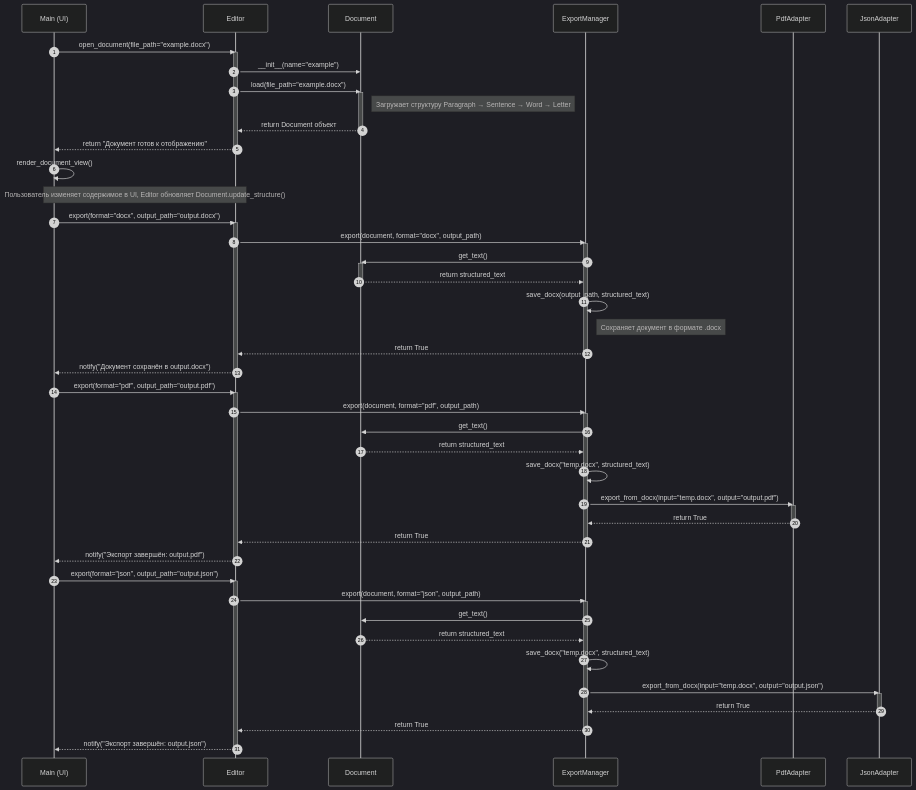
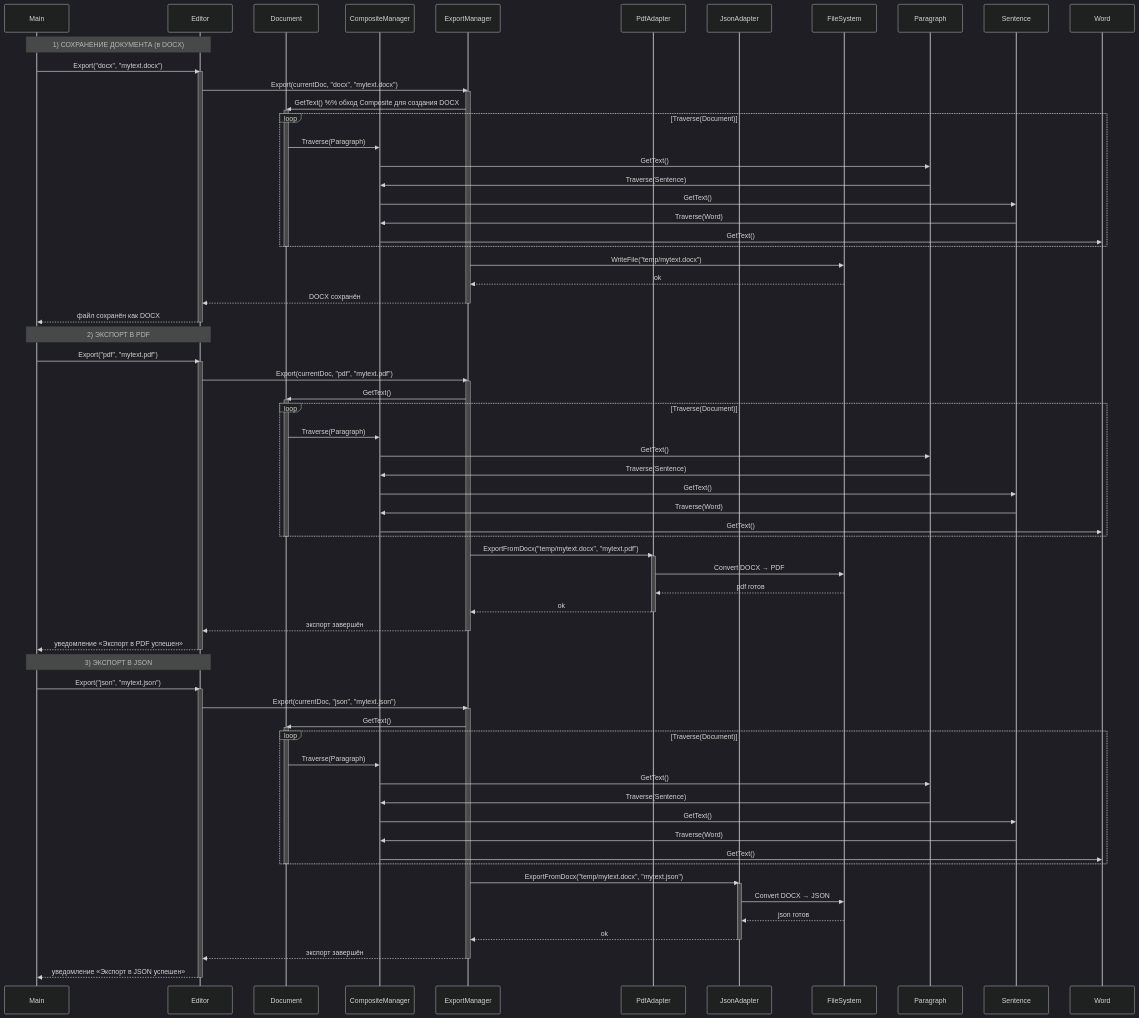
Before and after one commit to penamarth/bsbo-03-23_team6_var11_textedit: the diagram in Документация/Сценарии использования/02-Открытие, сохранение файла/Диаграмма последовательности Открытие, сохранение.md, drawn with Mermaid (dark theme).

Commit message:
Update Диаграмма последовательности Открытие, сохранение.md

````diff
--- a/Документация/Сценарии использования/02-Открытие, сохранение файла/Диаграмма последовательности Открытие, сохранение.md
+++ b/Документация/Сценарии использования/02-Открытие, сохранение файла/Диаграмма последовательности Открытие, сохранение.md
@@ -2,77 +2,103 @@
 ``` mermaid
 
 sequenceDiagram
-    autonumber
-    participant Main as Main (UI)
-    participant Editor as Editor
-    participant Document as Document
-    participant ExportManager as ExportManager
-    participant PdfAdapter as PdfAdapter
-    participant JsonAdapter as JsonAdapter
+    participant Main
+    participant Editor
+    participant Document
+    participant CompositeManager
+    participant ExportManager
+    participant PdfAdapter
+    participant JsonAdapter
+    participant FileSystem
 
-    %% === ОТКРЫТИЕ ДОКУМЕНТА ===
-    Main->>Editor: open_document(file_path="example.docx")
+    Note over Main, Editor: 1) СОХРАНЕНИЕ ДОКУМЕНТА (в DOCX)
+
+    Main->>Editor: Export("docx", "mytext.docx")
     activate Editor
-    Editor->>Document: __init__(name="example")
-    Editor->>Document: load(file_path="example.docx")
+    Editor->>ExportManager: Export(currentDoc, "docx", "mytext.docx")
+    activate ExportManager
+
+    ExportManager->>Document: GetText()  %% обход Composite для создания DOCX
     activate Document
-    Note right of Document: Загружает структуру Paragraph → Sentence → Word → Letter
-    Document-->>Editor: return Document объект
+    loop Traverse(Document)
+        Document->>CompositeManager: Traverse(Paragraph)
+        CompositeManager->>Paragraph: GetText()
+        Paragraph->>CompositeManager: Traverse(Sentence)
+        CompositeManager->>Sentence: GetText()
+        Sentence->>CompositeManager: Traverse(Word)
+        CompositeManager->>Word: GetText()
+    end
     deactivate Document
-    Editor-->>Main: return "Документ готов к отображению"
-    deactivate Editor
-    Main->>Main: render_document_view()
 
-    Note over Main,Editor: Пользователь изменяет содержимое в UI, Editor обновляет Document.update_structure()
-
-    Main->>Editor: export(format="docx", output_path="output.docx")
-    activate Editor
-    Editor->>ExportManager: export(document, format="docx", output_path)
-    activate ExportManager
-    ExportManager->>Document: get_text()
-    activate Document
-    Document-->>ExportManager: return structured_text
-    deactivate Document
-    ExportManager->>ExportManager: save_docx(output_path, structured_text)
-    Note right of ExportManager: Сохраняет документ в формате .docx
-    ExportManager-->>Editor: return True
+    ExportManager->>FileSystem: WriteFile("temp/mytext.docx")
+    FileSystem-->>ExportManager: ok
+    ExportManager-->>Editor: DOCX сохранён
     deactivate ExportManager
-    Editor-->>Main: notify("Документ сохранён в output.docx")
+    Editor-->>Main: файл сохранён как DOCX
     deactivate Editor
 
-    Main->>Editor: export(format="pdf", output_path="output.pdf")
+    Note over Main, Editor: 2) ЭКСПОРТ В PDF
+
+    Main->>Editor: Export("pdf", "mytext.pdf")
     activate Editor
-    Editor->>ExportManager: export(document, format="pdf", output_path)
+    Editor->>ExportManager: Export(currentDoc, "pdf", "mytext.pdf")
     activate ExportManager
-    ExportManager->>Document: get_text()
-    Document-->>ExportManager: return structured_text
-    ExportManager->>ExportManager: save_docx("temp.docx", structured_text)
-    ExportManager->>PdfAdapter: export_from_docx(input="temp.docx", output="output.pdf")
+
+    ExportManager->>Document: GetText()
+    activate Document
+    loop Traverse(Document)
+        Document->>CompositeManager: Traverse(Paragraph)
+        CompositeManager->>Paragraph: GetText()
+        Paragraph->>CompositeManager: Traverse(Sentence)
+        CompositeManager->>Sentence: GetText()
+        Sentence->>CompositeManager: Traverse(Word)
+        CompositeManager->>Word: GetText()
+    end
+    deactivate Document
+
+    ExportManager->>PdfAdapter: ExportFromDocx("temp/mytext.docx", "mytext.pdf")
     activate PdfAdapter
-    PdfAdapter-->>ExportManager: return True
+    PdfAdapter->>FileSystem: Convert DOCX → PDF
+    FileSystem-->>PdfAdapter: pdf готов
+    PdfAdapter-->>ExportManager: ok
     deactivate PdfAdapter
-    ExportManager-->>Editor: return True
+
+    ExportManager-->>Editor: экспорт завершён
     deactivate ExportManager
-    Editor-->>Main: notify("Экспорт завершён: output.pdf")
+    Editor-->>Main: уведомление «Экспорт в PDF успешен»
     deactivate Editor
 
-    Main->>Editor: export(format="json", output_path="output.json")
+    Note over Main, Editor: 3) ЭКСПОРТ В JSON
+
+    Main->>Editor: Export("json", "mytext.json")
     activate Editor
-    Editor->>ExportManager: export(document, format="json", output_path)
+    Editor->>ExportManager: Export(currentDoc, "json", "mytext.json")
     activate ExportManager
-    ExportManager->>Document: get_text()
-    Document-->>ExportManager: return structured_text
-    ExportManager->>ExportManager: save_docx("temp.docx", structured_text)
-    ExportManager->>JsonAdapter: export_from_docx(input="temp.docx", output="output.json")
+
+    ExportManager->>Document: GetText()
+    activate Document
+    loop Traverse(Document)
+        Document->>CompositeManager: Traverse(Paragraph)
+        CompositeManager->>Paragraph: GetText()
+        Paragraph->>CompositeManager: Traverse(Sentence)
+        CompositeManager->>Sentence: GetText()
+        Sentence->>CompositeManager: Traverse(Word)
+        CompositeManager->>Word: GetText()
+    end
+    deactivate Document
+
+    ExportManager->>JsonAdapter: ExportFromDocx("temp/mytext.docx", "mytext.json")
     activate JsonAdapter
-    JsonAdapter-->>ExportManager: return True
+    JsonAdapter->>FileSystem: Convert DOCX → JSON
+    FileSystem-->>JsonAdapter: json готов
+    JsonAdapter-->>ExportManager: ok
     deactivate JsonAdapter
-    ExportManager-->>Editor: return True
+
+    ExportManager-->>Editor: экспорт завершён
     deactivate ExportManager
-    Editor-->>Main: notify("Экспорт завершён: output.json")
+    Editor-->>Main: уведомление «Экспорт в JSON успешен»
     deactivate Editor
 
 
 
-
 ```
````
